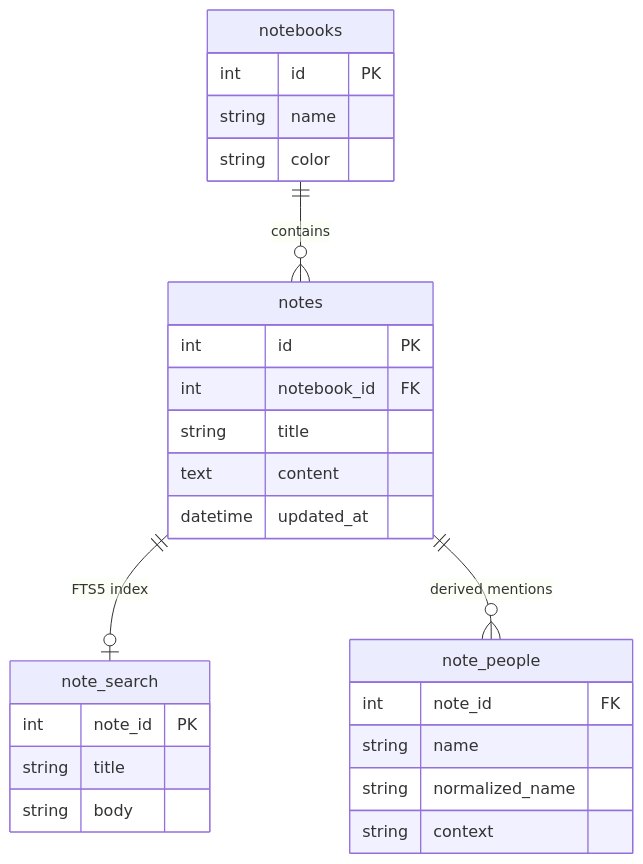
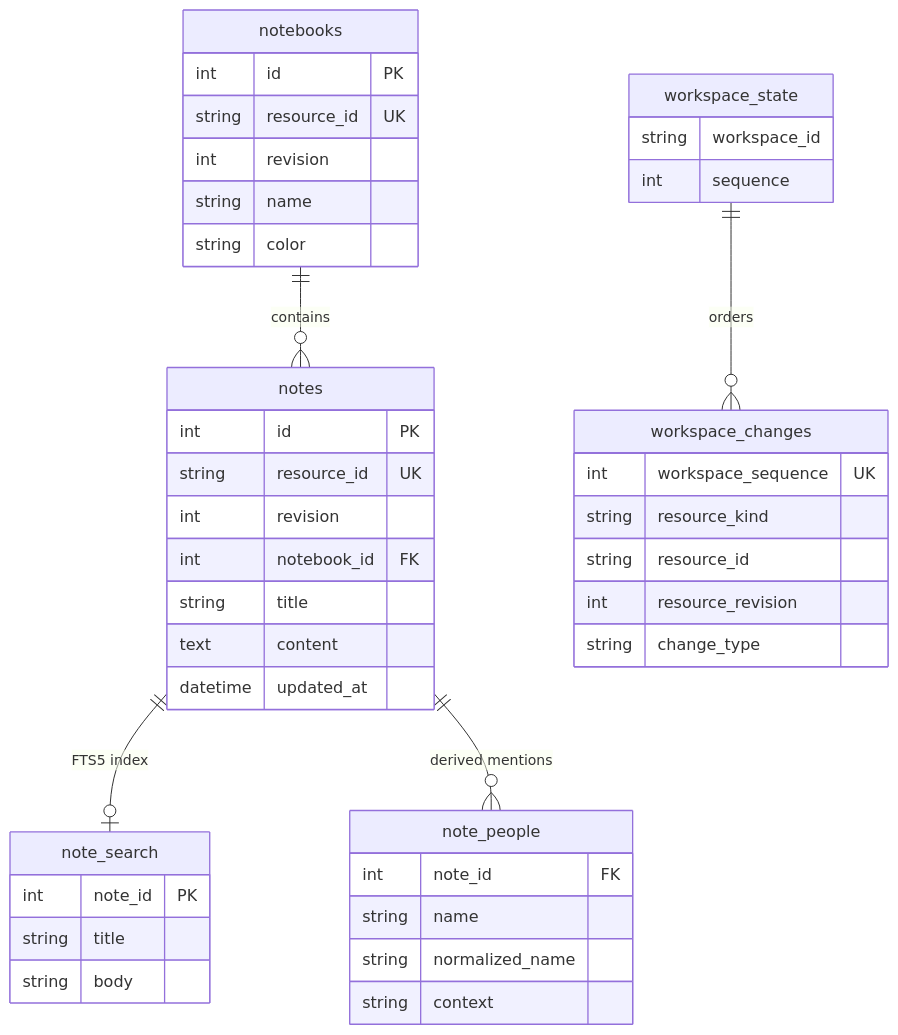
The third of 6 diagrams in docs/ARCHITECTURE.md (abhisheksreesaila/personalnote), drawn with Mermaid before and after one commit. The commit also changed other lines of this file and 31 other files, not shown here.

````diff
--- a/docs/ARCHITECTURE.md
+++ b/docs/ARCHITECTURE.md
@@ -82,30 +88,46 @@
 ```mermaid
 erDiagram
     notebooks ||--o{ notes : contains
     notes ||--o| note_search : "FTS5 index"
     notes ||--o{ note_people : "derived mentions"
+    workspace_state ||--o{ workspace_changes : orders
 
     notebooks {
         int id PK
+        string resource_id UK
+        int revision
         string name
         string color
     }
     notes {
         int id PK
+        string resource_id UK
+        int revision
         int notebook_id FK
         string title
         text content
         datetime updated_at
     }
     note_search {
         int note_id PK
         string title
         string body
     }
     note_people {
         int note_id FK
         string name
         string normalized_name
         string context
     }
+    workspace_state {
+        string workspace_id
+        int sequence
+    }
+    workspace_changes {
+        int workspace_sequence UK
+        string resource_kind
+        string resource_id
+        int resource_revision
+        string change_type
+    }
 ```
````
